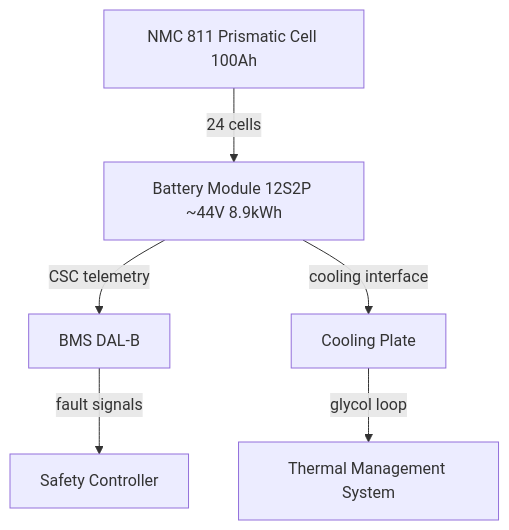
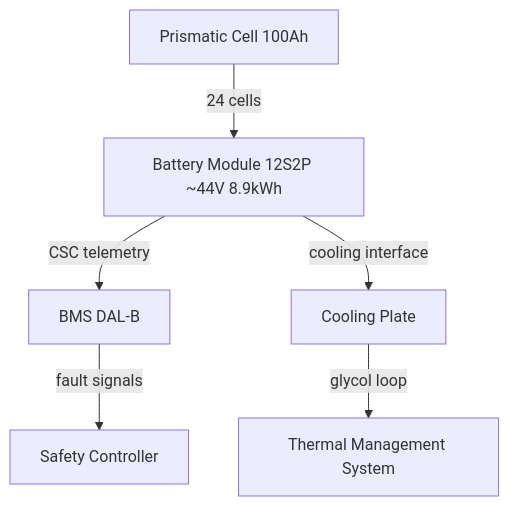
One commit to AmedeoPelliccia/Qplus-For-All-Queer-People-and-Quantum changed the first of 2 diagrams in Q+ATLANTIDE/000-099_ATLAS/070-079_Propulsion-Eco-Tech-e-Hibrido-Electrica/072_Battery-Energy-Storage/072-010-Battery-Cell-and-Module-Design.md. Above: the diagram before and after it, drawn with Mermaid. The commit also changed other lines of this file and 676 other files, not shown here.

````diff
--- a/Q+ATLANTIDE/000-099_ATLAS/070-079_Propulsion-Eco-Tech-e-Hibrido-Electrica/072_Battery-Energy-Storage/072-010-Battery-Cell-and-Module-Design.md
+++ b/Q+ATLANTIDE/000-099_ATLAS/070-079_Propulsion-Eco-Tech-e-Hibrido-Electrica/072_Battery-Energy-Storage/072-010-Battery-Cell-and-Module-Design.md
@@ -60,8 +70,8 @@
 ```mermaid
 graph TD
-    CELL[NMC 811 Prismatic Cell 100Ah] -->|24 cells| MODULE[Battery Module 12S2P ~44V 8.9kWh]
+    CELL[<BATTERY-CHEMISTRY> Prismatic Cell 100Ah] -->|24 cells| MODULE[Battery Module 12S2P ~44V 8.9kWh]
     MODULE -->|CSC telemetry| BMS[BMS DAL-B]
     MODULE -->|cooling interface| COOLPLATE[Cooling Plate]
     COOLPLATE -->|glycol loop| THERMAL[Thermal Management System]
     BMS -->|fault signals| SAFETY[Safety Controller]
 ```
````
